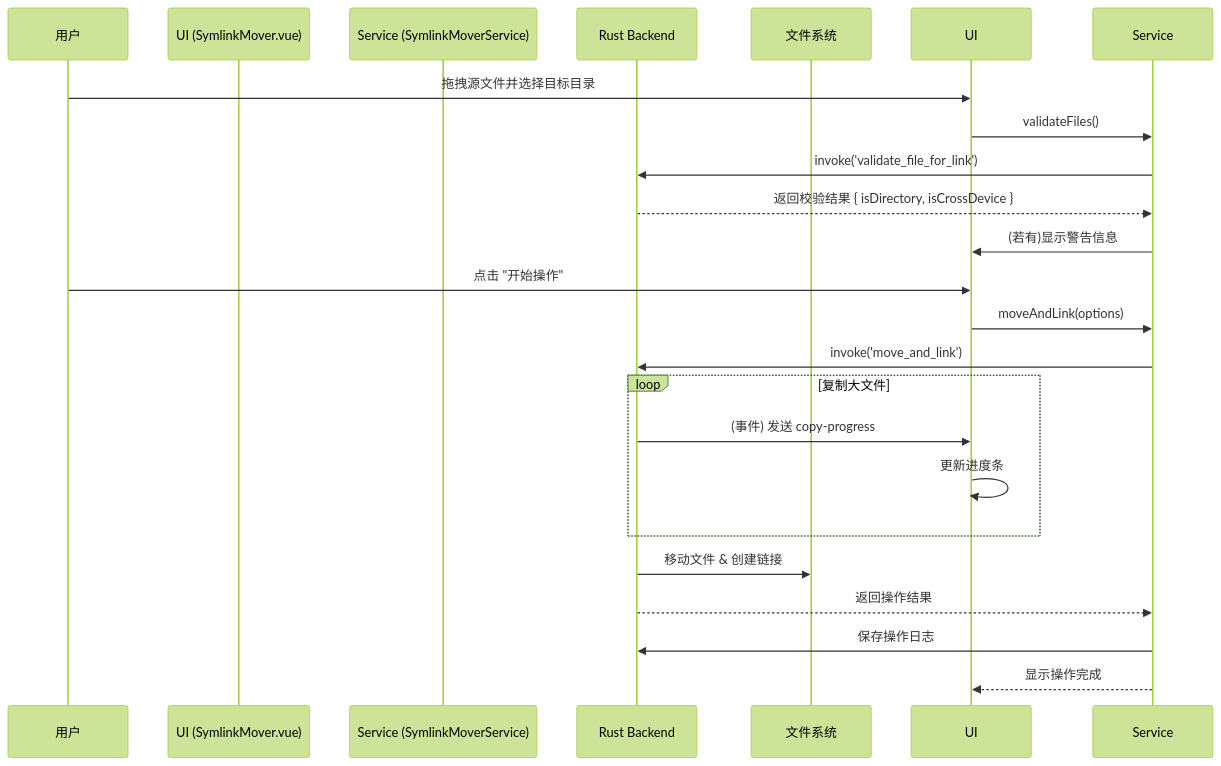
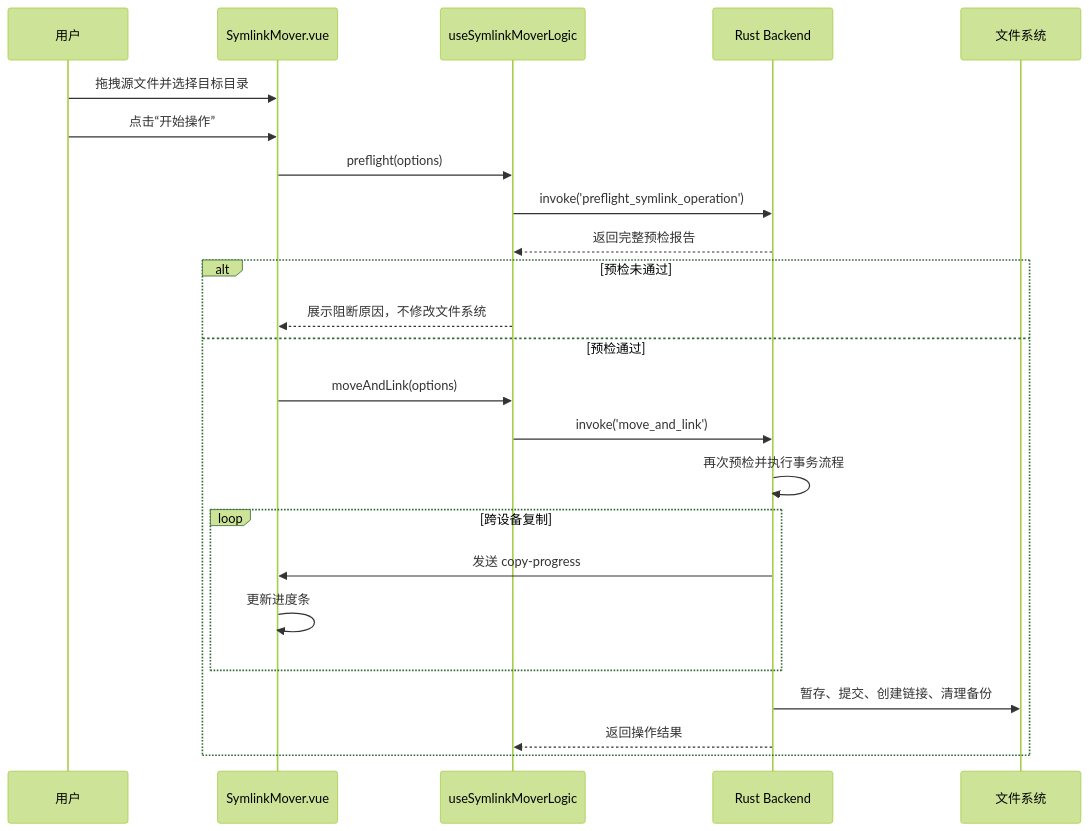
Before and after one commit to miaotouy/aio-hub: the diagram in src/tools/symlink-mover/ARCHITECTURE.md, drawn with Mermaid (forest theme). The commit also changed other lines of this file and 9 other files, not shown here.

First line of the commit message:
feat(symlink-mover): 引入预检与事务式搬家机制

````diff
--- a/src/tools/symlink-mover/ARCHITECTURE.md
+++ b/src/tools/symlink-mover/ARCHITECTURE.md
@@ -51,28 +53,27 @@
 ```mermaid
 sequenceDiagram
     participant User as 用户
-    participant UI (SymlinkMover.vue)
-    participant Service (SymlinkMoverService)
+    participant UI as SymlinkMover.vue
+    participant Service as useSymlinkMoverLogic
     participant Rust as Rust Backend
     participant FS as 文件系统
 
     User->>UI: 拖拽源文件并选择目标目录
-    UI->>Service: validateFiles()
-    Service->>Rust: invoke('validate_file_for_link')
-    Rust-->>Service: 返回校验结果 { isDirectory, isCrossDevice }
-    Service->>UI: (若有)显示警告信息
-    
-    User->>UI: 点击 "开始操作"
-    UI->>Service: moveAndLink(options)
-    Service->>Rust: invoke('move_and_link')
-    
-    loop 复制大文件
-        Rust->>UI: (事件) 发送 copy-progress
-        UI->>UI: 更新进度条
+    User->>UI: 点击“开始操作”
+    UI->>Service: preflight(options)
+    Service->>Rust: invoke('preflight_symlink_operation')
+    Rust-->>Service: 返回完整预检报告
+    alt 预检未通过
+        Service-->>UI: 展示阻断原因，不修改文件系统
+    else 预检通过
+        UI->>Service: moveAndLink(options)
+        Service->>Rust: invoke('move_and_link')
+        Rust->>Rust: 再次预检并执行事务流程
+        loop 跨设备复制
+            Rust->>UI: 发送 copy-progress
+            UI->>UI: 更新进度条
+        end
+        Rust->>FS: 暂存、提交、创建链接、清理备份
+        Rust-->>Service: 返回操作结果
     end
-    
-    Rust->>FS: 移动文件 & 创建链接
-    Rust-->>Service: 返回操作结果
-    Service->>Rust: 保存操作日志
-    Service-->>UI: 显示操作完成
 ```
````
